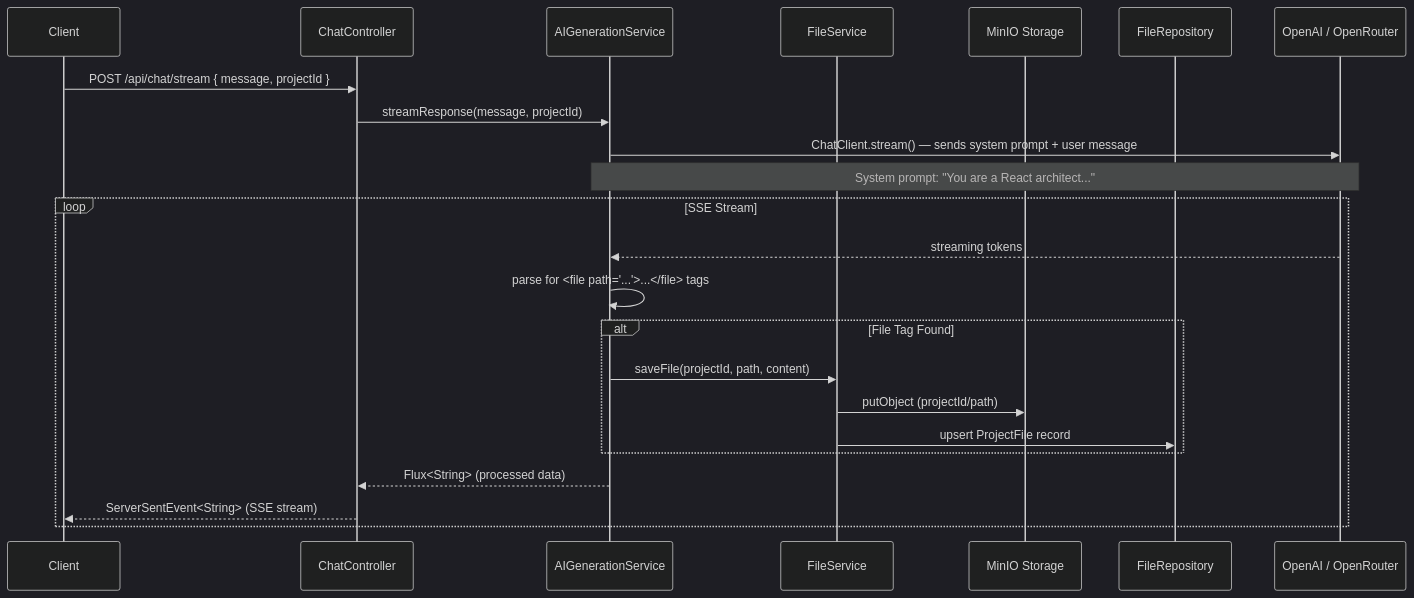
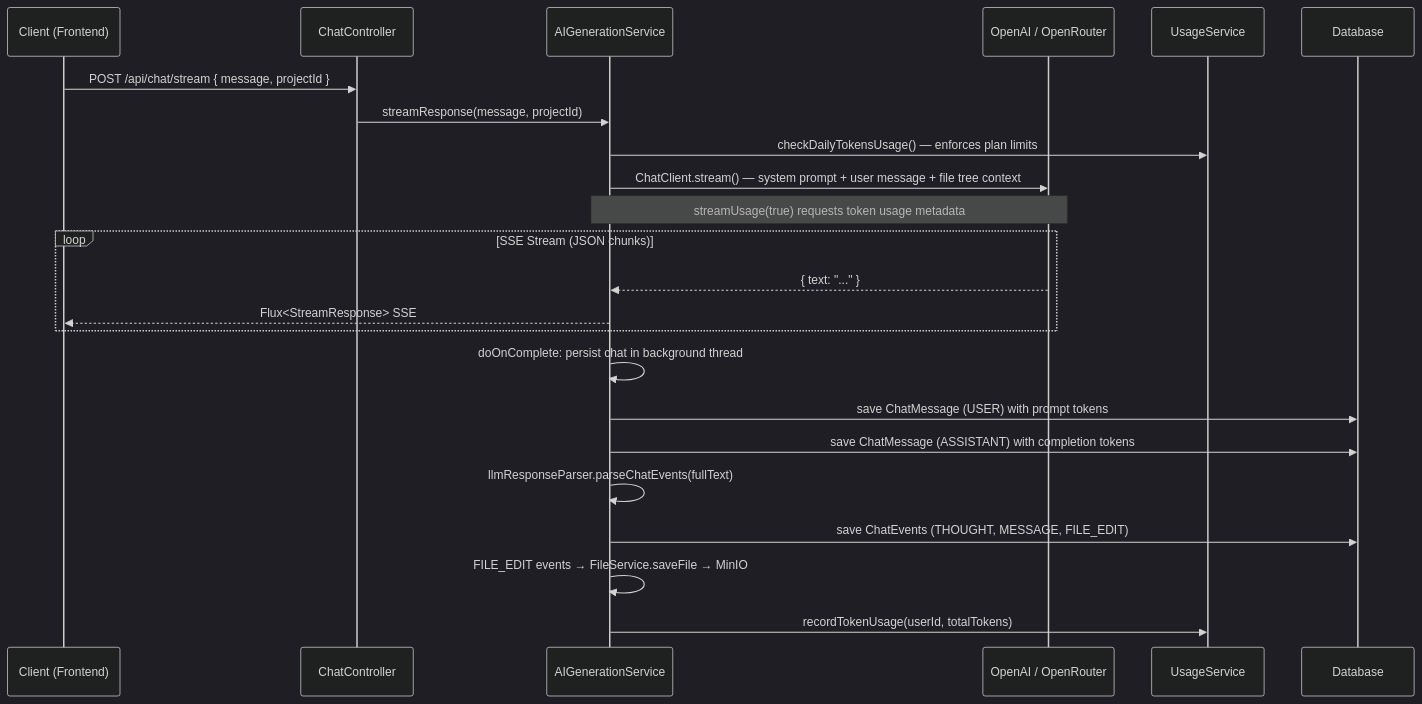
One commit to 1ek8/PromptCraft changed the fifth of 7 diagrams in PROJECT_SUMMARY.md. Above: the diagram before and after it, drawn with Mermaid (dark theme). The commit also changed other lines of this file, not shown here.

First line of the commit message:
docs: rewrite PROJECT_SUMMARY.md — fix all outdated sections and add testing workflow

````diff
--- a/PROJECT_SUMMARY.md
+++ b/PROJECT_SUMMARY.md
@@ -372,26 +373,26 @@
 ```mermaid
 sequenceDiagram
-    participant C as Client
+    participant C as Client (Frontend)
     participant CC as ChatController
     participant AI as AIGenerationService
-    participant FS as FileService
-    participant MINIO as MinIO Storage
-    participant FR as FileRepository
     participant LLM as OpenAI / OpenRouter
+    participant US as UsageService
+    participant DB as Database
 
     C->>CC: POST /api/chat/stream { message, projectId }
     CC->>AI: streamResponse(message, projectId)
-    AI->>LLM: ChatClient.stream() — sends system prompt + user message
-    Note over AI,LLM: System prompt: "You are a React architect..."
-    loop SSE Stream
-        LLM-->>AI: streaming tokens
-        AI->>AI: parse for <file path="...">...</file> tags
-        alt File Tag Found
-            AI->>FS: saveFile(projectId, path, content)
-            FS->>MINIO: putObject (projectId/path)
-            FS->>FR: upsert ProjectFile record
-        end
-        AI-->>CC: Flux<String> (processed data)
-        CC-->>C: ServerSentEvent<String> (SSE stream)
+    AI->>US: checkDailyTokensUsage() — enforces plan limits
+    AI->>LLM: ChatClient.stream() — system prompt + user message + file tree context
+    Note over AI,LLM: streamUsage(true) requests token usage metadata
+    loop SSE Stream (JSON chunks)
+        LLM-->>AI: { text: "..." }
+        AI-->>C: Flux<StreamResponse> SSE
     end
+    AI->>AI: doOnComplete: persist chat in background thread
+    AI->>DB: save ChatMessage (USER) with prompt tokens
+    AI->>DB: save ChatMessage (ASSISTANT) with completion tokens
+    AI->>AI: llmResponseParser.parseChatEvents(fullText)
+    AI->>DB: save ChatEvents (THOUGHT, MESSAGE, FILE_EDIT)
+    AI->>AI: FILE_EDIT events → FileService.saveFile → MinIO
+    AI->>US: recordTokenUsage(userId, totalTokens)
 ```
````
